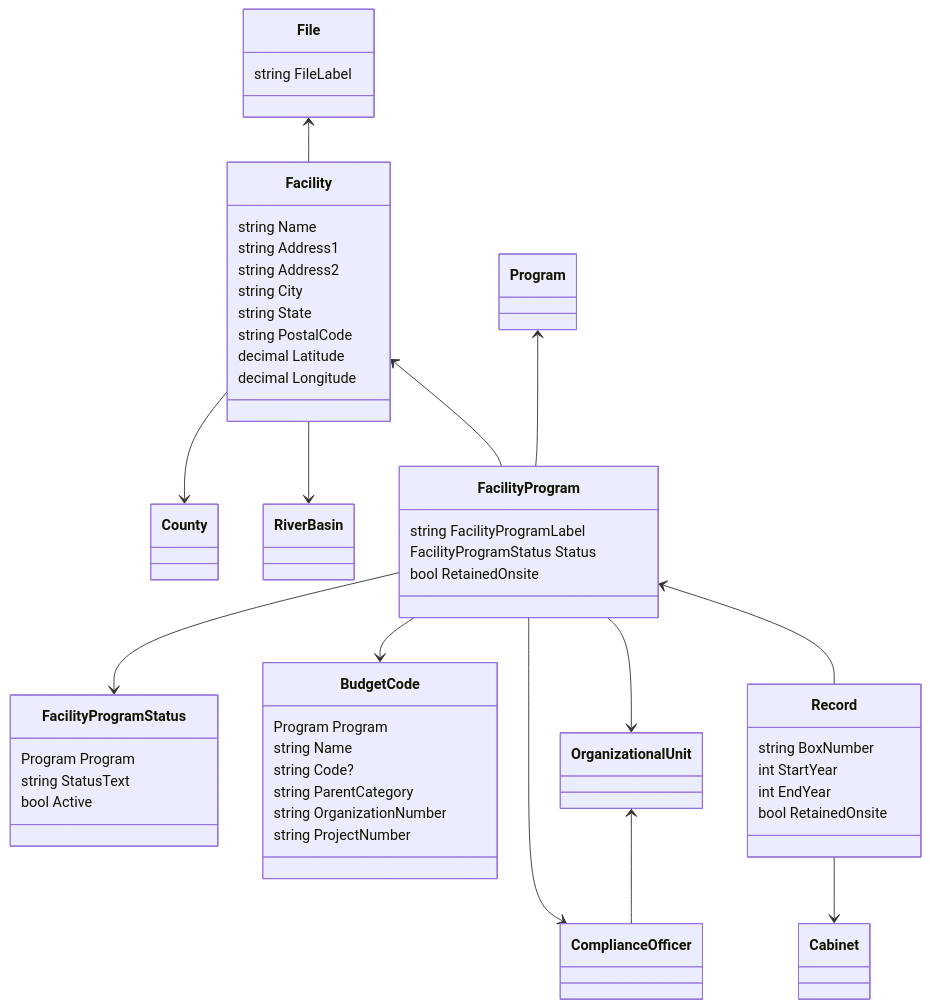
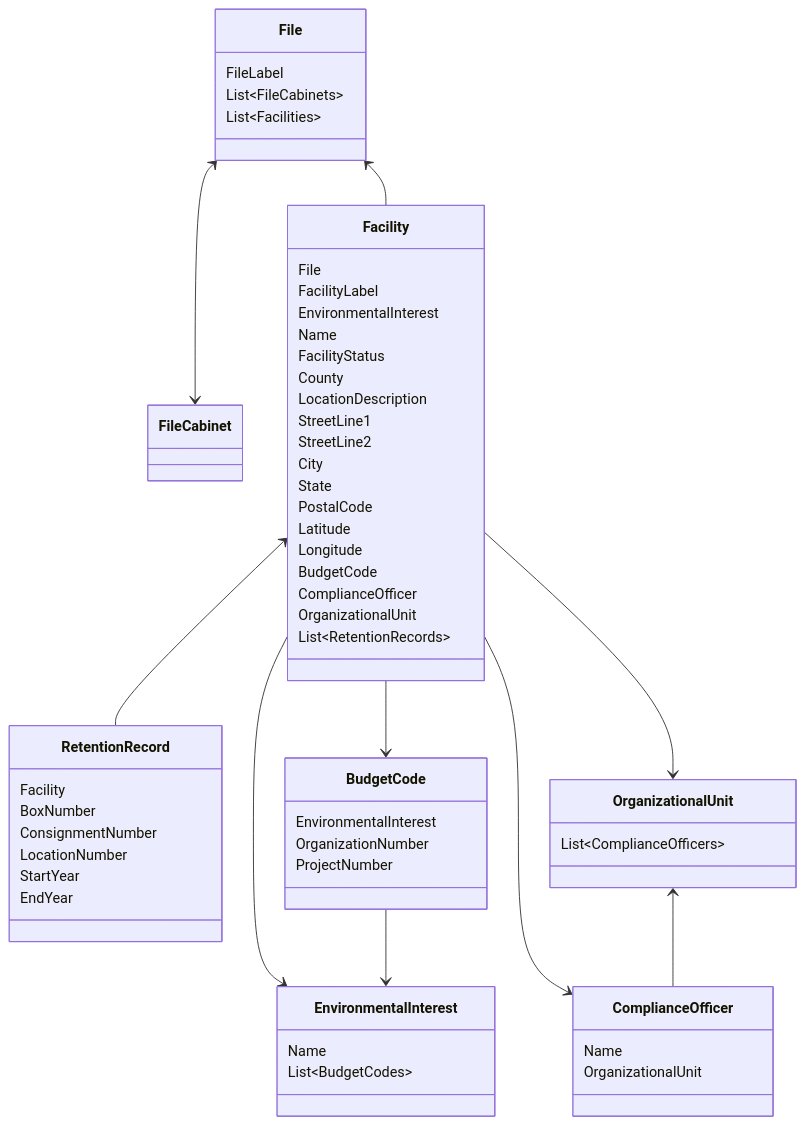
The diagram in docs/ER-diagram.md (gaepdit/FMS), drawn with Mermaid before and after one commit.

Commit message:
Update ER diagram

````diff
--- a/docs/ER-diagram.md
+++ b/docs/ER-diagram.md
@@ -3,69 +3,77 @@
 ```mermaid
 
 classDiagram
+    File <--> FileCabinet
     File <-- Facility
+        
+    Facility <-- RetentionRecord
+    Facility --> BudgetCode
+    Facility --> EnvironmentalInterest
+    Facility --> ComplianceOfficer
+    Facility --> OrganizationalUnit
 
-    Facility --> County
-    Facility --> RiverBasin
-    Facility <-- FacilityProgram
-        
-    Program <-- FacilityProgram
-
-    FacilityProgram --> ComplianceOfficer
-    FacilityProgram --> FacilityProgramStatus
-    FacilityProgram --> BudgetCode
-    FacilityProgram --> OrganizationalUnit
-    FacilityProgram <-- Record
+    BudgetCode --> EnvironmentalInterest
 
     OrganizationalUnit <-- ComplianceOfficer
-
-    Record --> Cabinet
 
 %% Classes
 
 class File {
-    string FileLabel
+    FileLabel
+    List~FileCabinets~
+    List~Facilities~
 }
 
 class Facility {
-    string Name
-    string Address1
-    string Address2
-    string City
-    string State
-    string PostalCode
-    decimal Latitude
-    decimal Longitude
+    File
+    FacilityLabel
+    EnvironmentalInterest
+    Name
+    FacilityStatus
+    County
+    LocationDescription
+    StreetLine1
+    StreetLine2
+    City
+    State
+    PostalCode
+    Latitude
+    Longitude
+    BudgetCode
+    ComplianceOfficer
+    OrganizationalUnit
+    List~RetentionRecords~
 }
 
-class FacilityProgram {
-    string FacilityProgramLabel
-    FacilityProgramStatus Status
-    bool RetainedOnsite
+class RetentionRecord {
+    Facility
+    BoxNumber
+    ConsignmentNumber
+    LocationNumber
+    StartYear
+    EndYear
 }
 
-class Record {
-    string BoxNumber
-    int StartYear
-    int EndYear
-    bool RetainedOnsite
+class EnvironmentalInterest {
+    Name
+    List~BudgetCodes~
 }
 
 %% Lookup tables
 
-class FacilityProgramStatus {
-    Program Program
-    string StatusText
-    bool Active
+class BudgetCode {
+    EnvironmentalInterest
+    OrganizationNumber
+    ProjectNumber
 }
 
-class BudgetCode {
-    Program Program
-    string Name
-    string Code?
-    string ParentCategory
-    string OrganizationNumber
-    string ProjectNumber
+class OrganizationalUnit {
+    List~ComplianceOfficers~
+}
+
+class ComplianceOfficer {
+    Name
+    OrganizationalUnit
 }
 
 ```
````
